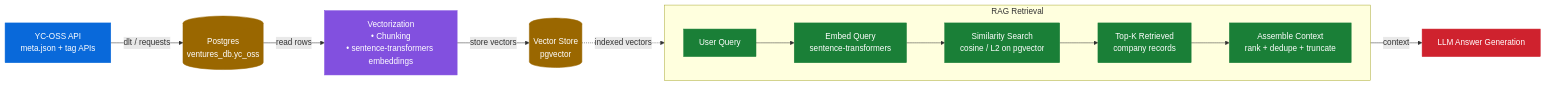
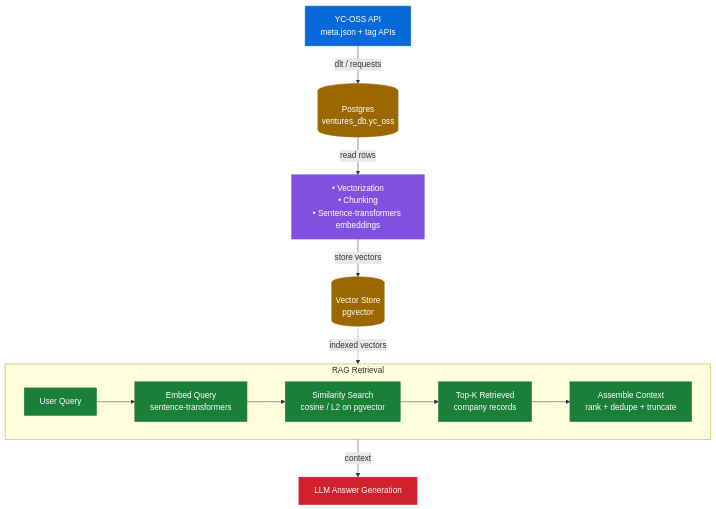
One commit to dakn2005/YC-Ventures-AI changed the diagram in Readme.md. Above: the diagram before and after it, drawn with Mermaid. The commit also changed 10 other files, not shown here.

Commit message:
Adding get_startups flow, flows for full-text and vector search

````diff
--- a/Readme.md
+++ b/Readme.md
@@ -50,30 +50,30 @@
 ```mermaid
-flowchart LR
+flowchart TD
     A["YC-OSS API<br/>meta.json + tag APIs"] -->|dlt / requests| B[("Postgres<br/>ventures_db.yc_oss")]
-    B -->|read rows| C["Vectorization<br/>• Chunking<br/>• sentence-transformers embeddings"]
+    B -->|read rows| C["• Vectorization<br/>• Chunking<br/>• Sentence-transformers embeddings"]
     C -->|store vectors| D[("Vector Store<br/>pgvector")]
 
     subgraph RAG["RAG Retrieval"]
         direction LR
         Q["User Query"] --> QE["Embed Query<br/>sentence-transformers"]
         QE --> SIM["Similarity Search<br/>cosine / L2 on pgvector"]
         SIM --> TOPK["Top-K Retrieved<br/>company records"]
         TOPK --> CTX["Assemble Context<br/>rank + dedupe + truncate"]
     end
 
     D -.->|indexed vectors| SIM
     CTX -->|context| F["LLM Answer Generation"]
 
     classDef api fill:#0969da,color:#ffffff,stroke:#0969da,stroke-width:1px;
     classDef db fill:#9a6700,color:#ffffff,stroke:#9a6700,stroke-width:1px;
     classDef vec fill:#8250df,color:#ffffff,stroke:#8250df,stroke-width:1px;
     classDef rag fill:#1a7f37,color:#ffffff,stroke:#1a7f37,stroke-width:1px;
     classDef gen fill:#cf222e,color:#ffffff,stroke:#cf222e,stroke-width:1px;
 
     class A api;
     class B,D db;
     class C vec;
     class Q,QE,SIM,TOPK,CTX rag;
     class F gen;
 
 ```
````
